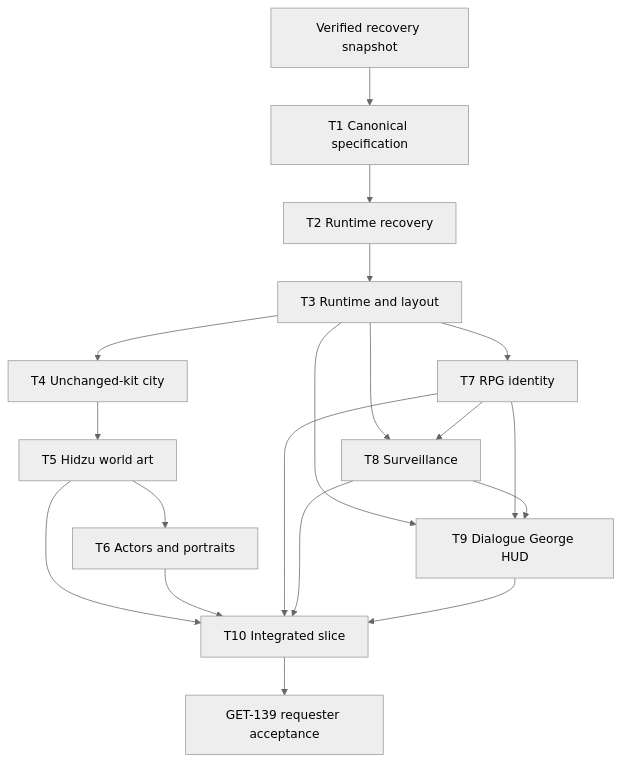
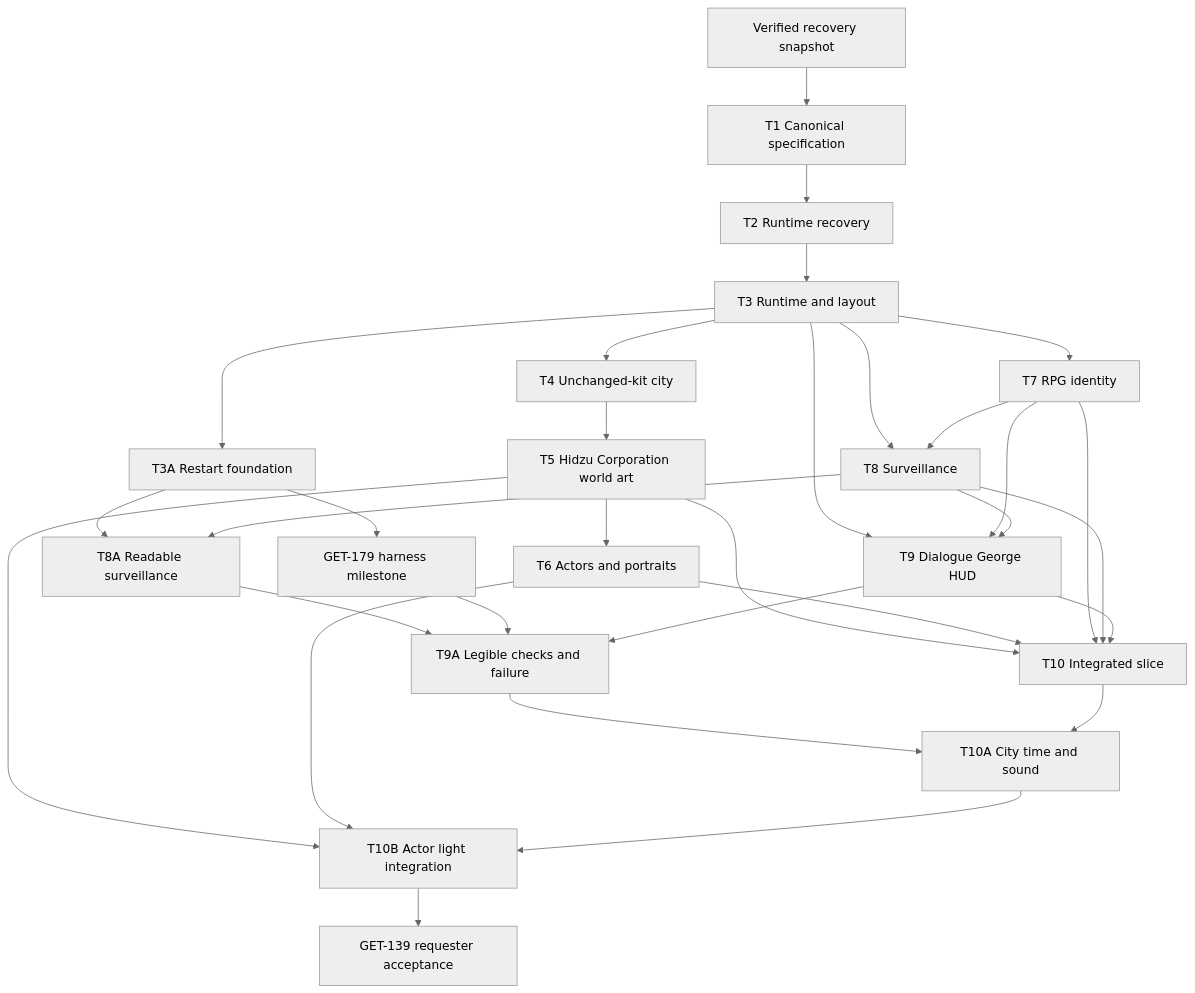
The diagram in memory-bank/04 Engineering/Roadmap.md (deus42/the-getaway), drawn with Mermaid (neutral theme) before and after one commit. The commit also changed other lines of this file and 35 other files, not shown here.

````diff
--- a/memory-bank/04 Engineering/Roadmap.md
+++ b/memory-bank/04 Engineering/Roadmap.md
@@ -285,21 +389,33 @@
 ```mermaid
 flowchart TD
   S["Verified recovery snapshot"] --> T1["T1 Canonical specification"]
   T1 --> T2["T2 Runtime recovery"]
   T2 --> T3["T3 Runtime and layout"]
+  T3 --> T3A["T3A Restart foundation"]
   T3 --> T4["T4 Unchanged-kit city"]
-  T4 --> T5["T5 Hidzu world art"]
+  T4 --> T5["T5 Hidzu Corporation world art"]
   T5 --> T6["T6 Actors and portraits"]
   T3 --> T7["T7 RPG identity"]
   T3 --> T8["T8 Surveillance"]
   T7 --> T8
+  T3A --> T8A["T8A Readable surveillance"]
+  T8 --> T8A
+  T3A --> H["GET-179 harness milestone"]
   T3 --> T9["T9 Dialogue George HUD"]
   T7 --> T9
   T8 --> T9
+  T8A --> T9A["T9A Legible checks and failure"]
+  H --> T9A
+  T9 --> T9A
   T5 --> T10["T10 Integrated slice"]
   T6 --> T10
   T7 --> T10
   T8 --> T10
   T9 --> T10
-  T10 --> P["GET-139 requester acceptance"]
+  T9A --> T10A["T10A City time and sound"]
+  T10 --> T10A
+  T5 --> T10B["T10B Actor light integration"]
+  T6 --> T10B
+  T10A --> T10B["T10B Actor light integration"]
+  T10B --> P["GET-139 requester acceptance"]
 ```
````
